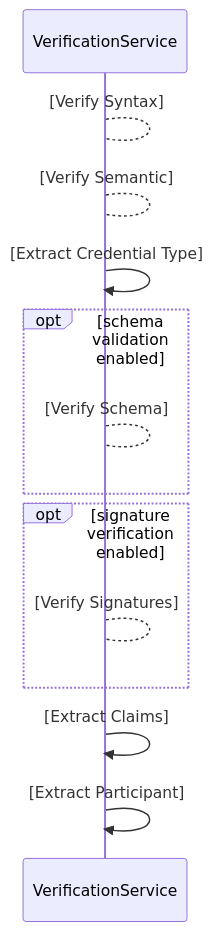
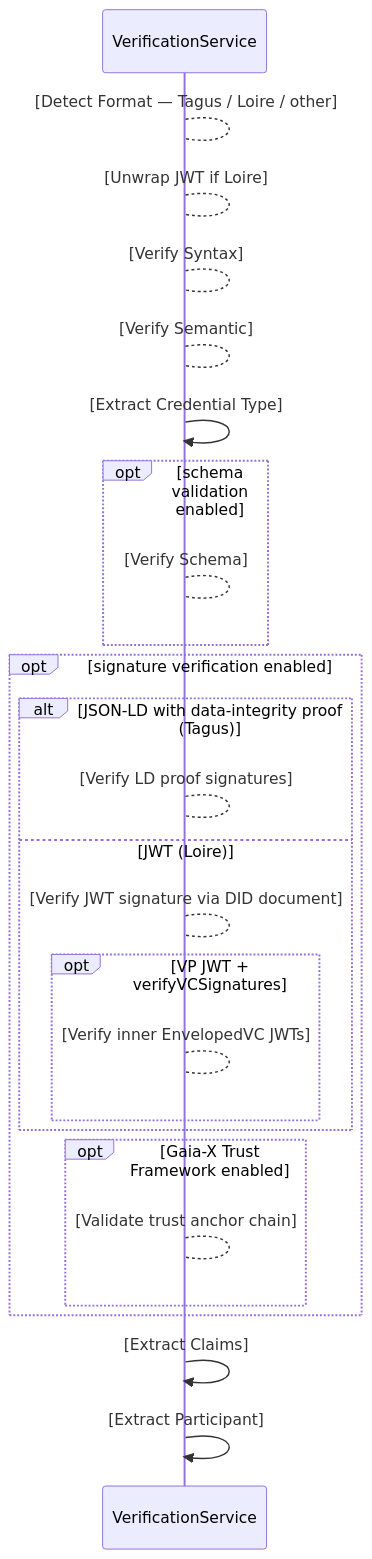
Diagram 34 of 35 in federated-catalogue/src/docs/architecture/chapters/06_runtime_view.adoc (federated-catalogue-enhancements-2026/docs), drawn with Mermaid before and after one commit. The commit also changed other lines of this file and 3 other files, not shown here.

```diff
--- a/federated-catalogue/src/docs/architecture/chapters/06_runtime_view.adoc
+++ b/federated-catalogue/src/docs/architecture/chapters/06_runtime_view.adoc
@@ -1110,15 +1117,27 @@
 [mermaid, width=2000]
 ....
 sequenceDiagram
+    VerificationService --> VerificationService:[Detect Format — Tagus / Loire / other]
+    VerificationService --> VerificationService:[Unwrap JWT if Loire]
     VerificationService --> VerificationService:[Verify Syntax]
     VerificationService --> VerificationService:[Verify Semantic]
     VerificationService ->> VerificationService:[Extract Credential Type]
     opt schema validation enabled
         VerificationService --> VerificationService:[Verify Schema]
     end
     opt signature verification enabled
-        VerificationService --> VerificationService:[Verify Signatures]
+        alt JSON-LD with data-integrity proof (Tagus)
+            VerificationService --> VerificationService:[Verify LD proof signatures]
+        else JWT (Loire)
+            VerificationService --> VerificationService:[Verify JWT signature via DID document]
+            opt VP JWT + verifyVCSignatures
+                VerificationService --> VerificationService:[Verify inner EnvelopedVC JWTs]
+            end
+        end
+        opt Gaia-X Trust Framework enabled
+            VerificationService --> VerificationService:[Validate trust anchor chain]
+        end
     end
     VerificationService ->> VerificationService:[Extract Claims]
     VerificationService ->> VerificationService:[Extract Participant]
 ....
```
